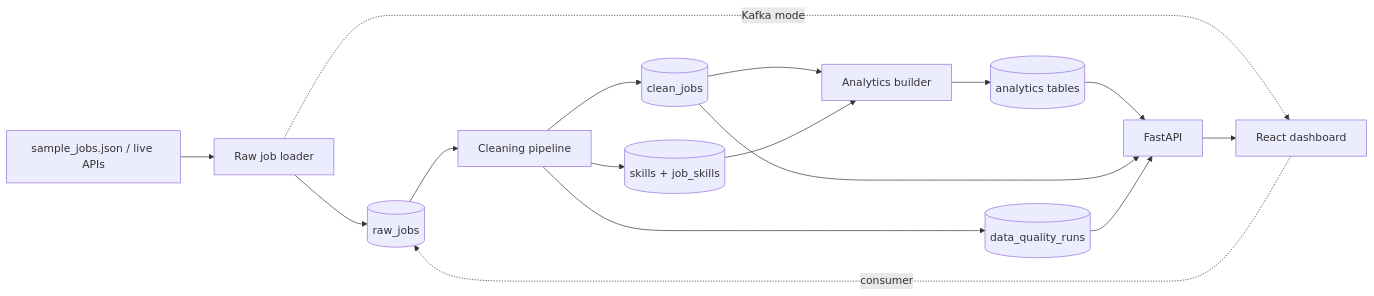
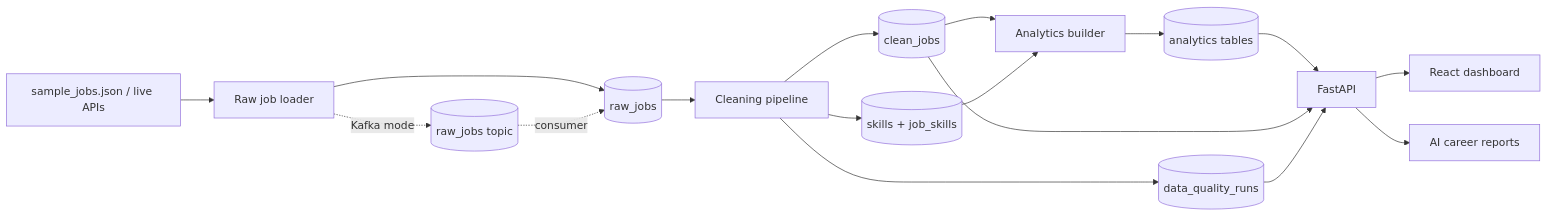
Before and after one commit to muneeb-anjum0/StackRadar: the diagram in README.md, drawn with Mermaid. The commit also changed other lines of this file and 45 other files, not shown here.

````diff
--- a/README.md
+++ b/README.md
@@ -28,18 +29,19 @@
 ```mermaid
 flowchart LR
   A["sample_jobs.json / live APIs"] --> B["Raw job loader"]
   B --> C[("raw_jobs")]
-  B -. "Kafka mode" .-> K[("raw_jobs topic")]
-  K -. "consumer" .-> C
+  B -. "Kafka mode" .-> T[("raw_jobs topic")]
+  T -. "consumer" .-> C
   C --> D["Cleaning pipeline"]
   D --> E[("clean_jobs")]
   D --> F[("skills + job_skills")]
   E --> G["Analytics builder"]
   F --> G
   G --> H[("analytics tables")]
   D --> I[("data_quality_runs")]
   H --> J["FastAPI"]
   E --> J
   I --> J
-  J --> K["React dashboard"]
+  J --> R["React dashboard"]
+  J --> AI["AI career reports"]
 ```
````
